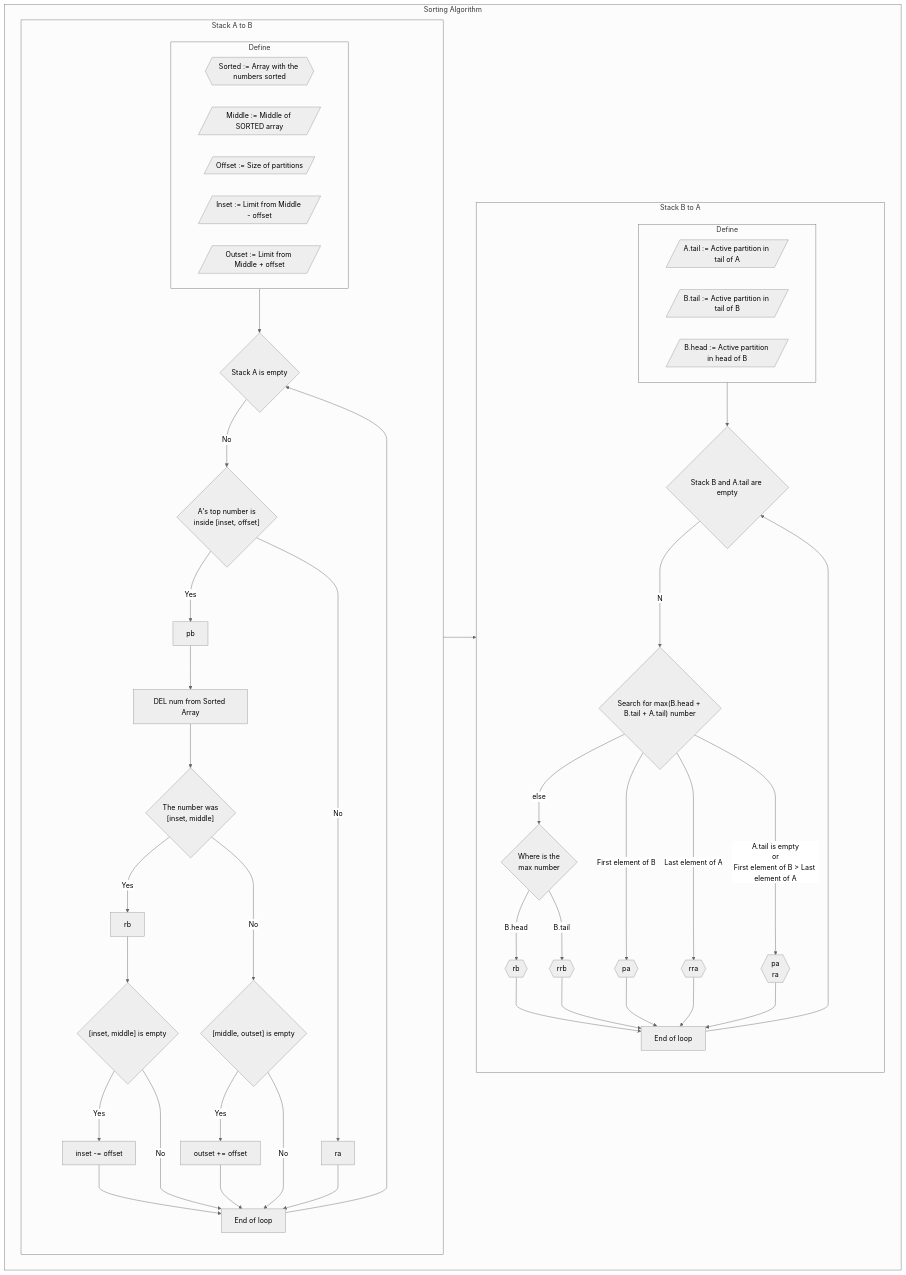
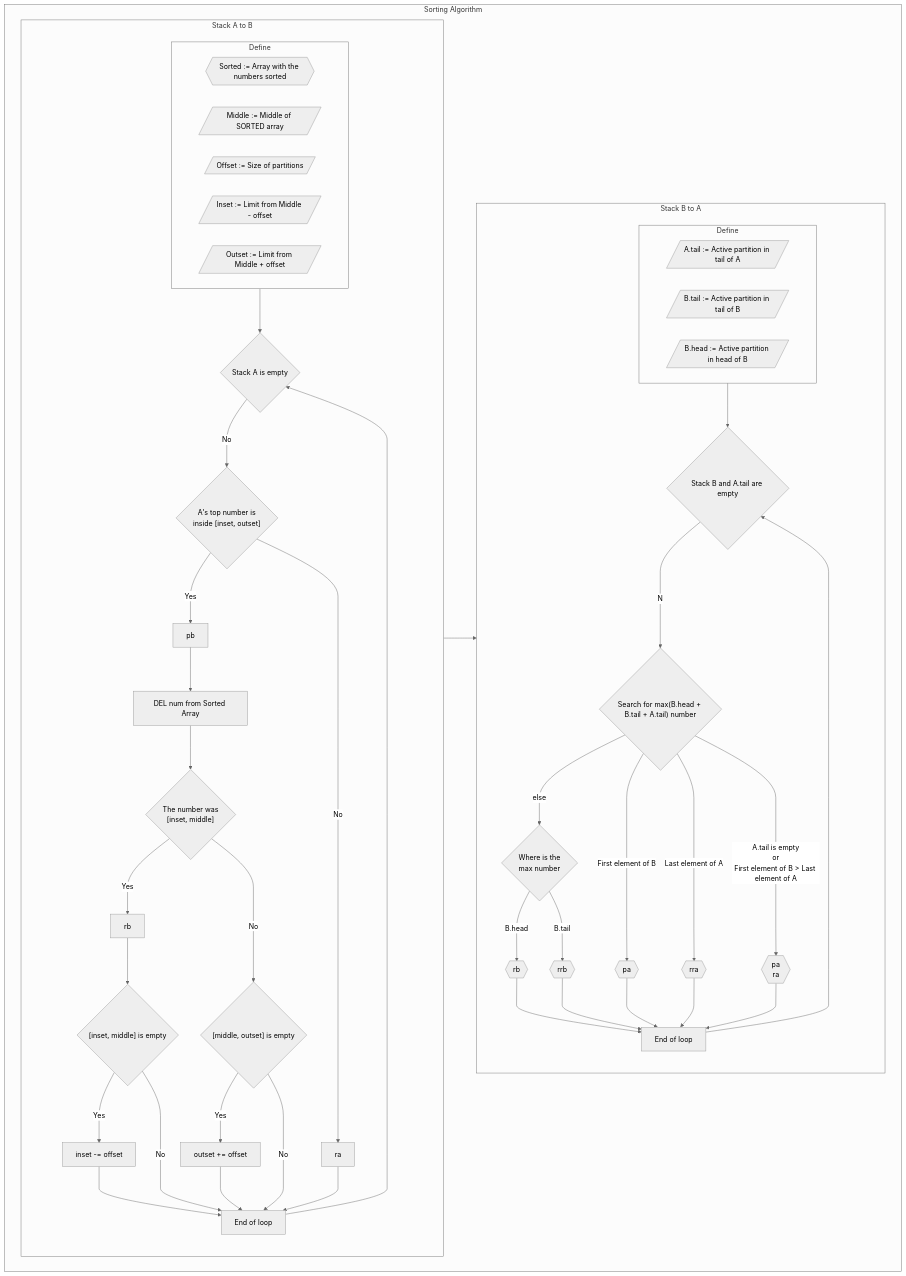
One commit to 3lsy/push_swap changed the second of 2 diagrams in docs/README.md. Above: the diagram before and after it, drawn with Mermaid (neutral theme).

````diff
--- a/docs/README.md
+++ b/docs/README.md
@@ -41,60 +41,60 @@
 ```mermaid
 %%{ init: { 'flowchart': { 'curve': 'monotoneY' } } }%%
 flowchart LR
     subgraph Sorting[Sorting Algorithm]
         direction LR
         subgraph FirstStep[Stack A to B]
                 direction TB
                 subgraph Define
                     direction LR
                     sorted{{Sorted := Array with the numbers sorted}}
                     middle[/Middle := Middle of SORTED array/]
                     offset[/Offset := Size of partitions/]
                     inset[/Inset := Limit from Middle - offset/]
                     outset[/Outset := Limit from Middle + offset/]
                 end
                 Define --> a2b{Stack A is empty}
-                a2b -- No --> topInRange{"A's top number is\ninside [inset, offset]"}
+                a2b -- No --> topInRange{"A's top number is\ninside [inset, outset]"}
                 topInRange -- Yes --> pb1[pb]
                 pb1 --> rmNumber["DEL num from Sorted Array"]
                 rmNumber --> inInset{"The number was\n[inset, middle]"}
                 inInset -- Yes --> rb1[rb]
                 topInRange -- No --> ra1[ra]
                 rb1 --> emptyInset{"[inset, middle] is empty"}
                 emptyInset -- Yes --> addInset[inset -= offset]
                 inInset -- No --> emptyOutset{"[middle, outset] is empty"}
                 emptyOutset -- Yes --> addOutset[outset += offset]
                 ra1 --> eol[End of loop]
                 emptyOutset -- No --> eol
                 emptyInset -- No --> eol
                 addOutset --> eol
                 addInset --> eol
                 eol --> a2b
         end
         subgraph SecondStep[Stack B to A]
                 direction TB
                 subgraph Define2[Define]
                     direction LR
                     tail[/A.tail := Active partition in tail of A/]
                     btail[/B.tail := Active partition in tail of B/]
                     bhead[/B.head := Active partition in head of B/]
                 end
                 Define2 --> b2a{Stack B and A.tail are empty\n}
                 b2a --No--> search{"Search for max(B.head + B.tail + A.tail) number"}
                 search --"First element of B"--> pa{{pa}}
                 search --"Last element of A"--> rra{{rra}}
                 search --"A.tail is empty\nor\nFirst element of B > Last element of A"-->para{{"pa\nra"}}
                 search --"else"--> else{Where is the\nmax number}
                 else --"B.head"--> rb{{rb}}
                 else --"B.tail"--> rrb{{rrb}}
                 rb --> eol2[End of loop]
                 rrb --> eol2
                 pa --> eol2
                 rra --> eol2
                 para --> eol2
                 eol2 --> b2a
 
         end
         FirstStep --> SecondStep
     end
 ```
````
